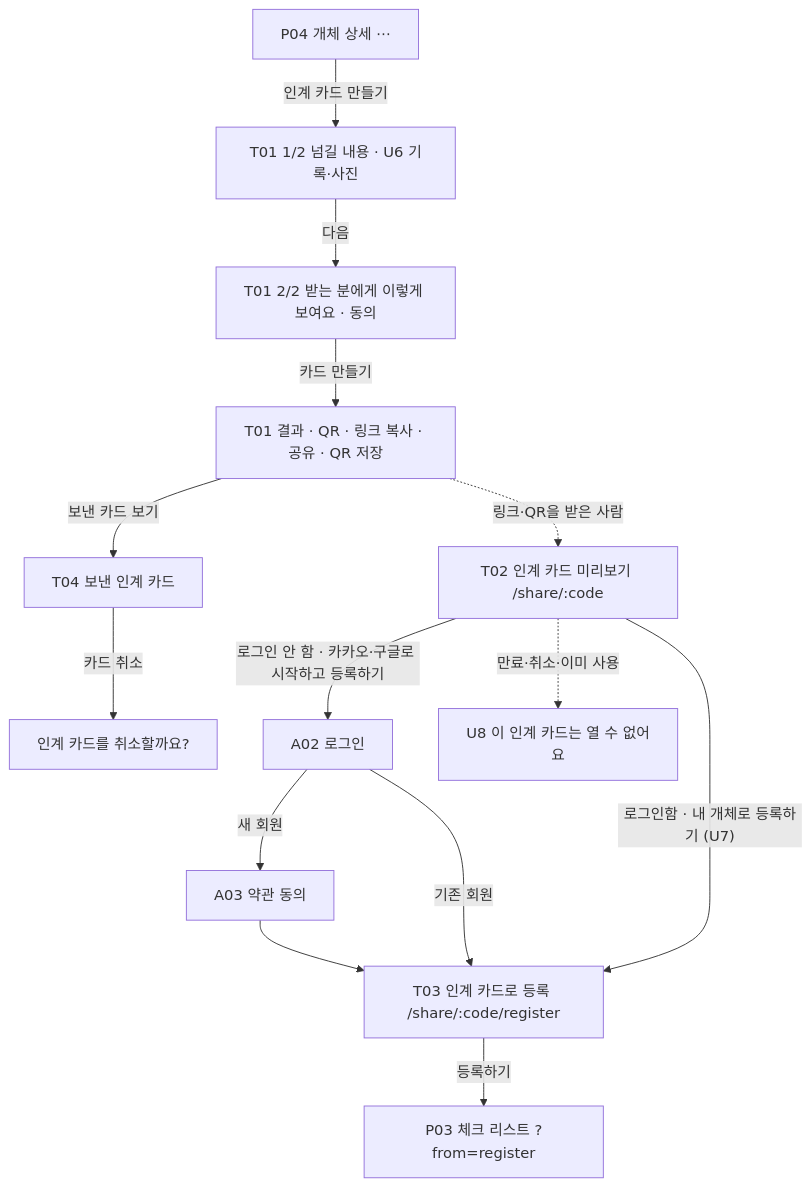
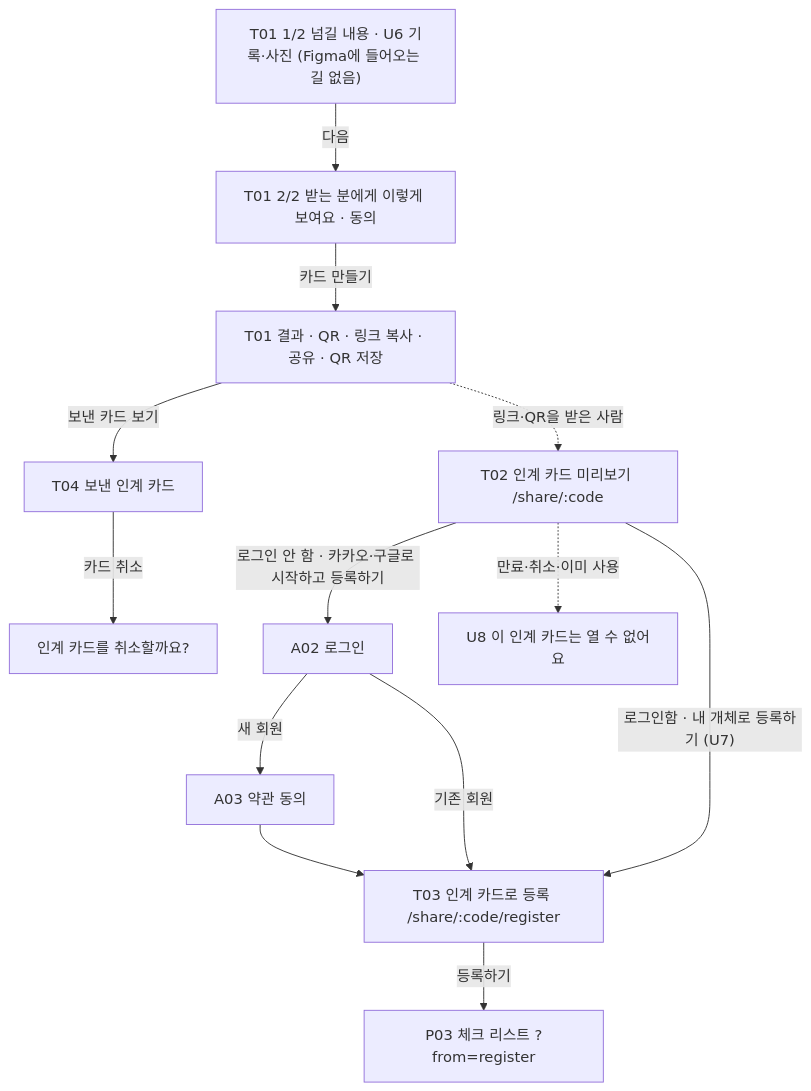
One commit to PABOM-team/frontend changed the seventh of 8 diagrams in docs/screen-flow.md. Above: the diagram before and after it, drawn with Mermaid. The commit also changed other lines of this file, not shown here.

````diff
--- a/docs/screen-flow.md
+++ b/docs/screen-flow.md
@@ -201,16 +198,16 @@
 ```mermaid
 flowchart TD
-  P04["P04 개체 상세 ⋯"] -->|인계 카드 만들기| T011["T01 1/2 넘길 내용 · U6 기록·사진"]
+  T011["T01 1/2 넘길 내용 · U6 기록·사진 (Figma에 들어오는 길 없음)"]
   T011 -->|다음| T012["T01 2/2 받는 분에게 이렇게 보여요 · 동의"]
   T012 -->|카드 만들기| T013["T01 결과 · QR · 링크 복사 · 공유 · QR 저장"]
   T013 -->|보낸 카드 보기| T04["T04 보낸 인계 카드"]
   T04 -->|카드 취소| T04C["인계 카드를 취소할까요?"]
   T013 -.->|링크·QR을 받은 사람| T02["T02 인계 카드 미리보기 /share/:code"]
   T02 -->|로그인 안 함 · 카카오·구글로 시작하고 등록하기| A02["A02 로그인"]
   A02 -->|새 회원| A03["A03 약관 동의"]
   A03 --> T03
   A02 -->|기존 회원| T03["T03 인계 카드로 등록 /share/:code/register"]
   T02 -->|"로그인함 · 내 개체로 등록하기 (U7)"| T03
   T03 -->|등록하기| P03["P03 체크 리스트 ?from=register"]
   T02 -.->|만료·취소·이미 사용| U8["U8 이 인계 카드는 열 수 없어요"]
 ```
````
